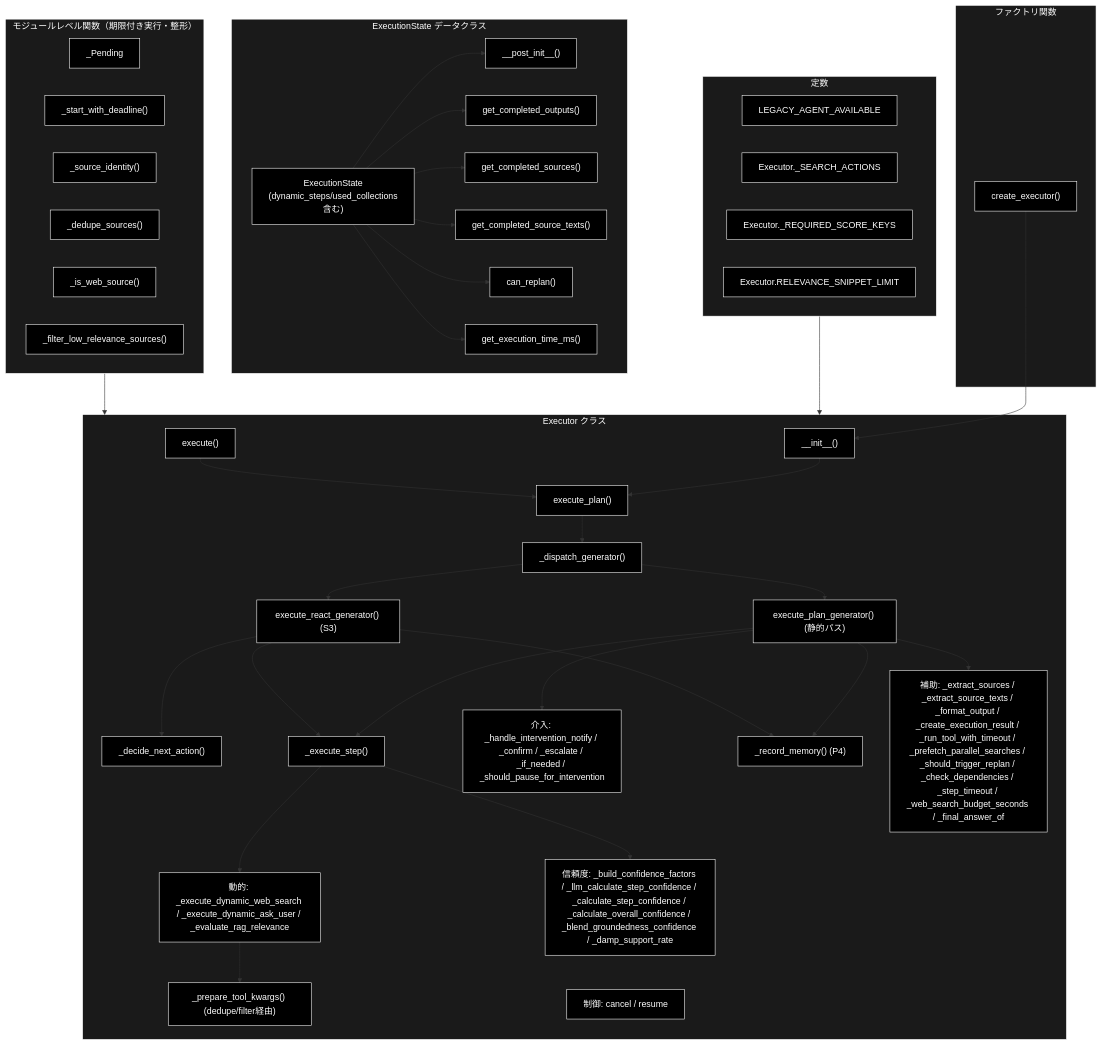
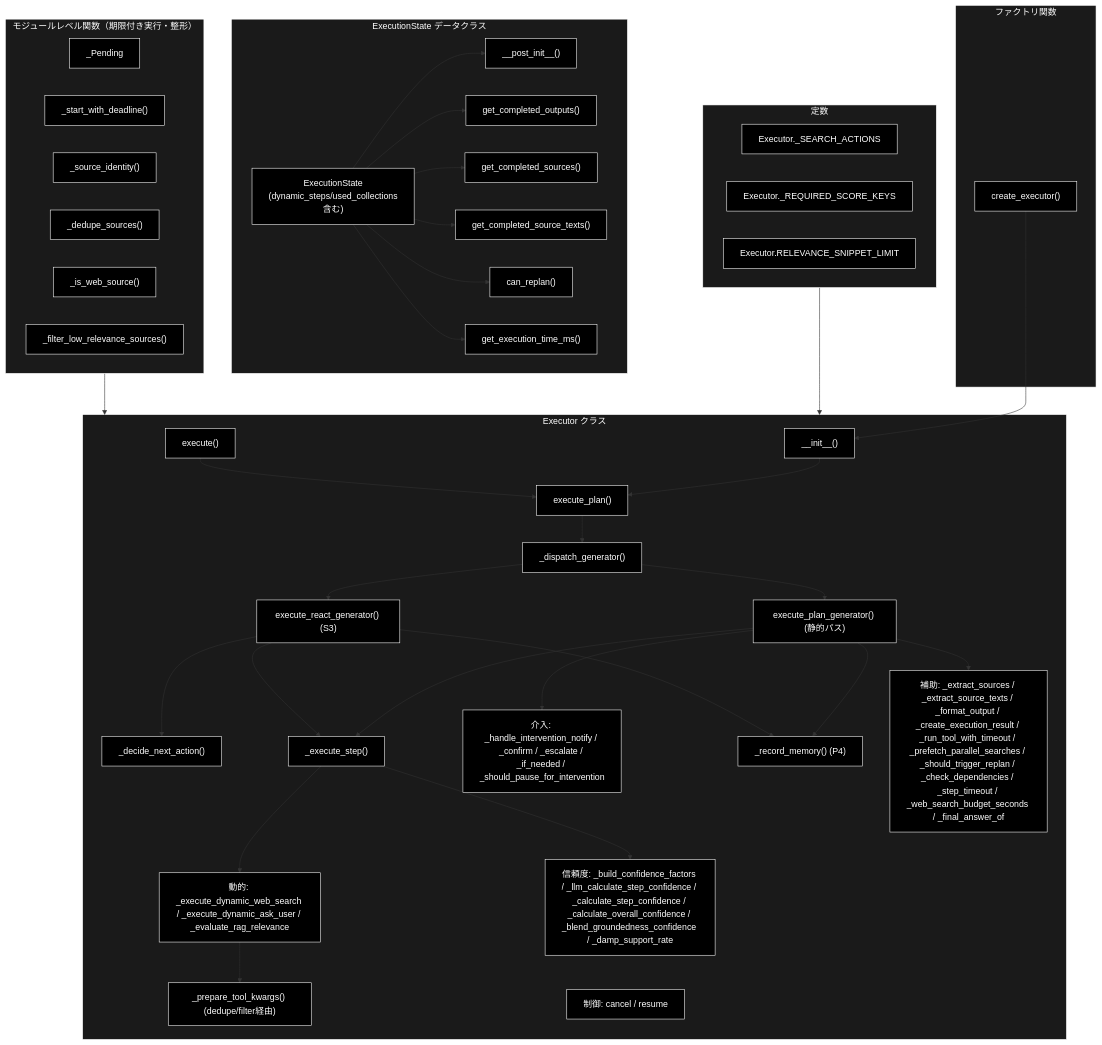
Before and after one commit to nakashima2toshio/grace_v2_local: the second of 6 diagrams in grace/docs/executor.md, drawn with Mermaid. The commit also changed other lines of this file and 36 other files, not shown here.

First line of the commit message:
refactor: Legacy ReAct 経路のコードを削除（run_dev.sh での起動を実地確認）

````diff
--- a/grace/docs/executor.md
+++ b/grace/docs/executor.md
@@ -212,7 +211,6 @@
 ```mermaid
 flowchart TB
     subgraph CONST["定数"]
-        LEGACY_FLAG["LEGACY_AGENT_AVAILABLE"]
         SEARCH_ACT["Executor._SEARCH_ACTIONS"]
         SCORE_KEYS["Executor._REQUIRED_SCORE_KEYS"]
         SNIP_LIMIT["Executor.RELEVANCE_SNIPPET_LIMIT"]
@@ -285,7 +283,7 @@
     REACT --> MEMREC
 classDef default fill:#000,stroke:#fff,color:#fff
 classDef subgraphStyle fill:#1a1a1a,stroke:#fff,color:#fff
-class LEGACY_FLAG,SEARCH_ACT,SCORE_KEYS,SNIP_LIMIT,PENDING,DEADLINE,IDENT,DEDUPE,ISWEB,FILTER,ES,ES_POST,ES_OUT,ES_SRC,ES_TXT,ES_REP,ES_TIME,INIT,DISPATCH,EP,EPG,REACT,DECIDE,EXE,STEP,DYN,PREP,CONF,INTV,MEMREC,UTIL,CTRL,CE default
+class SEARCH_ACT,SCORE_KEYS,SNIP_LIMIT,PENDING,DEADLINE,IDENT,DEDUPE,ISWEB,FILTER,ES,ES_POST,ES_OUT,ES_SRC,ES_TXT,ES_REP,ES_TIME,INIT,DISPATCH,EP,EPG,REACT,DECIDE,EXE,STEP,DYN,PREP,CONF,INTV,MEMREC,UTIL,CTRL,CE default
 style CONST fill:#1a1a1a,stroke:#fff,color:#fff
 style HELPERS fill:#1a1a1a,stroke:#fff,color:#fff
 style DATACLASS fill:#1a1a1a,stroke:#fff,color:#fff
````
